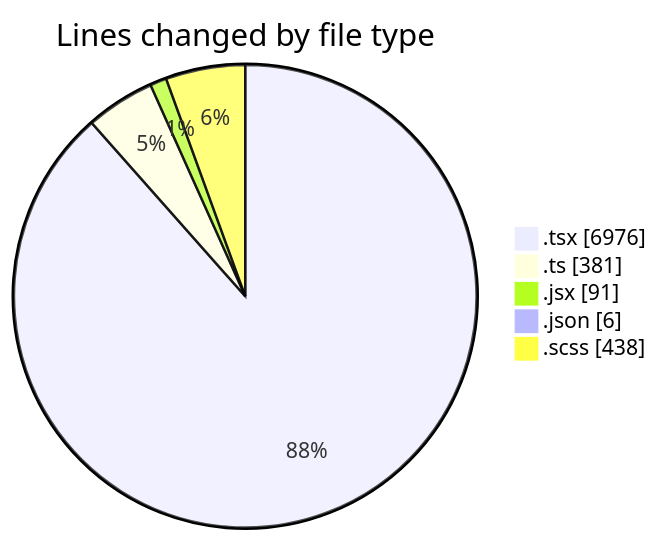
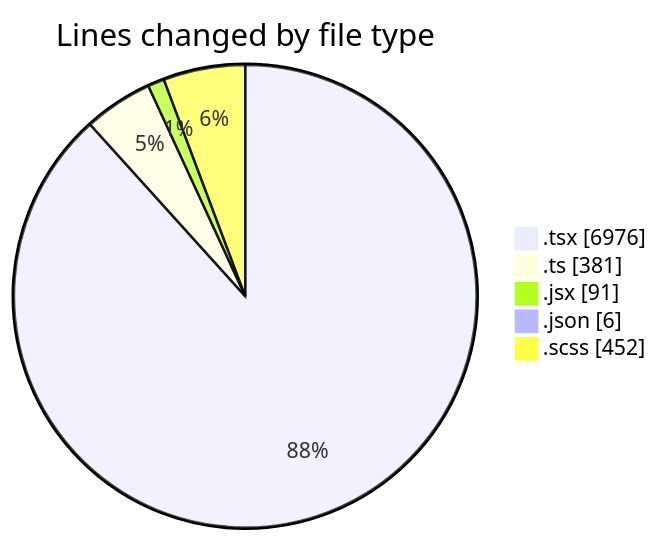
One commit to momahboobian/code-tracking changed the first of 2 diagrams in 2026-04-27/cda/README.md. Above: the diagram before and after it, drawn with Mermaid. The commit also changed other lines of this file and 1 other file, not shown here.

````diff
--- a/2026-04-27/cda/README.md
+++ b/2026-04-27/cda/README.md
@@ -46,9 +46,9 @@
 ```mermaid
 pie showData
 title Lines changed by file type
 ".tsx" : 6976
 ".ts" : 381
 ".jsx" : 91
 ".json" : 6
-".scss" : 438
+".scss" : 452
 ```
````
